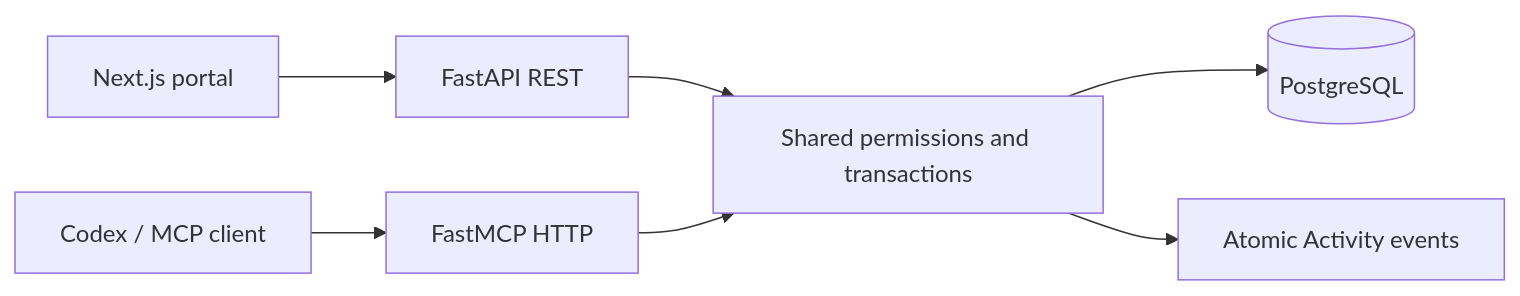
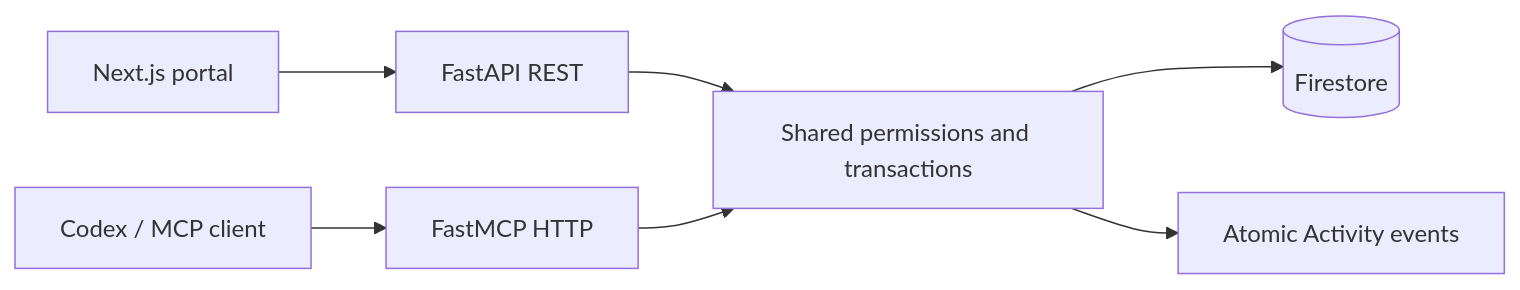
One commit to vamsee9201/enterprise-mcp-integration changed the diagram in docs/MCP.md. Above: the diagram before and after it, drawn with Mermaid. The commit also changed other lines of this file and 59 other files, not shown here.

Commit message:
Replace enterprise SQL persistence with Firestore and verify migration

````diff
--- a/docs/MCP.md
+++ b/docs/MCP.md
@@ -5,9 +5,9 @@
 ```mermaid
 flowchart LR
     Web[Next.js portal] --> REST[FastAPI REST]
     Codex[Codex / MCP client] --> MCP[FastMCP HTTP]
     REST --> Services[Shared permissions and transactions]
     MCP --> Services
-    Services --> DB[(PostgreSQL)]
+    Services --> DB[(Firestore)]
     Services --> Audit[Atomic Activity events]
 ```
````
